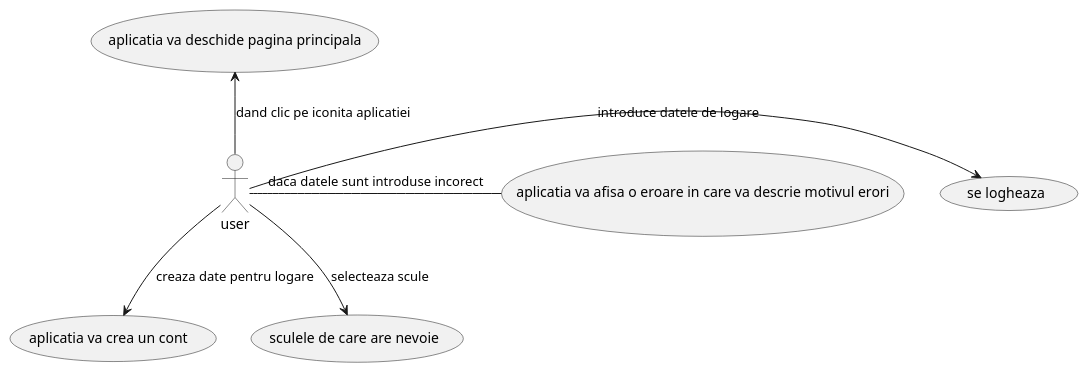
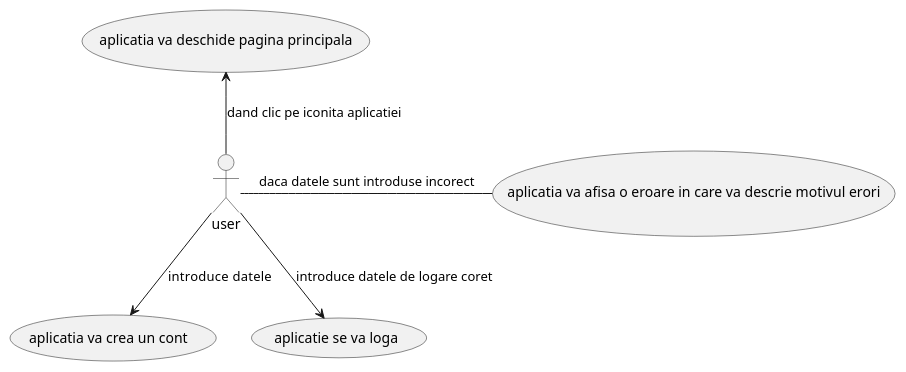
The diagram in usecase.puml (sergian123/usecase), drawn with PlantUML before and after one commit.

Commit message:
al 3 comit

```diff
--- a/usecase.puml
+++ b/usecase.puml
@@ -1,8 +1,7 @@
 @startuml
-:user: --> (aplicatia va crea un cont ):creaza date pentru logare
-:user: -right-> (se logheaza):introduce datele de logare
+:user: --> (aplicatia va crea un cont ):introduce  datele
+:user: -->(aplicatie se va loga):introduce datele de logare coret
 :user: -up-> (aplicatia va deschide pagina principala):dand clic pe iconita aplicatiei
-:user: -down-> (sculele de care are nevoie):selecteaza scule
 :user: -(aplicatia va afisa o eroare in care va descrie motivul erori):daca datele sunt introduse incorect
 
 @enduml
```
